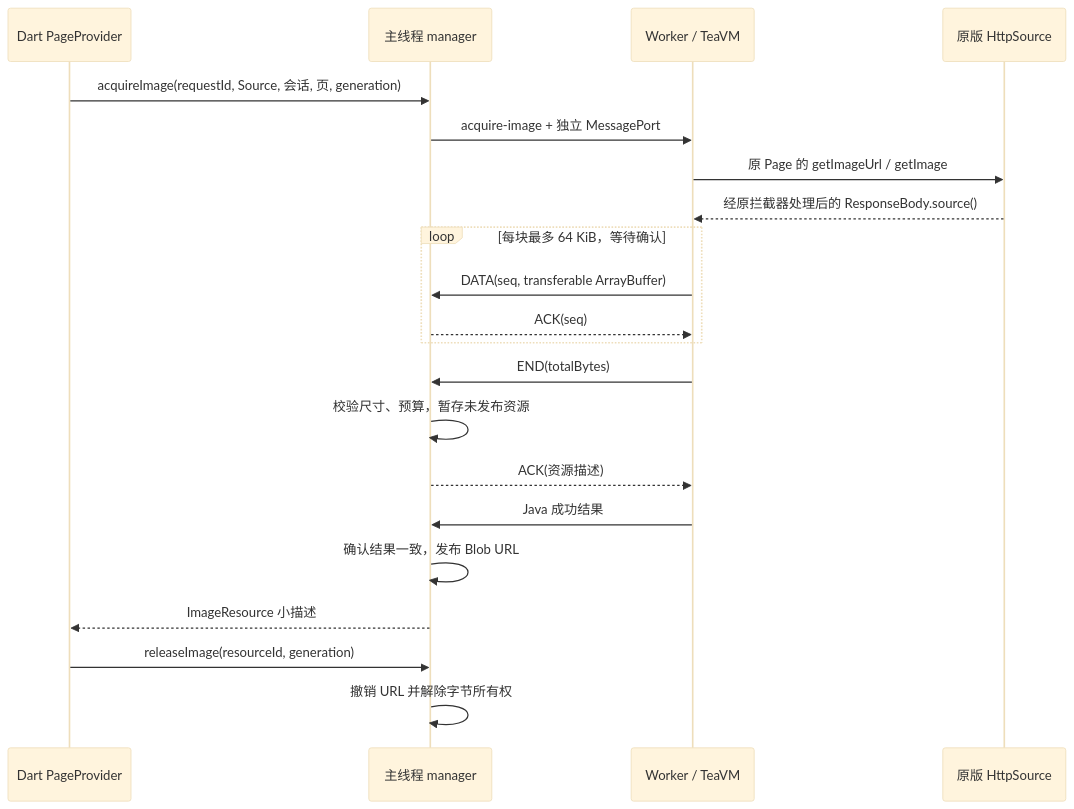
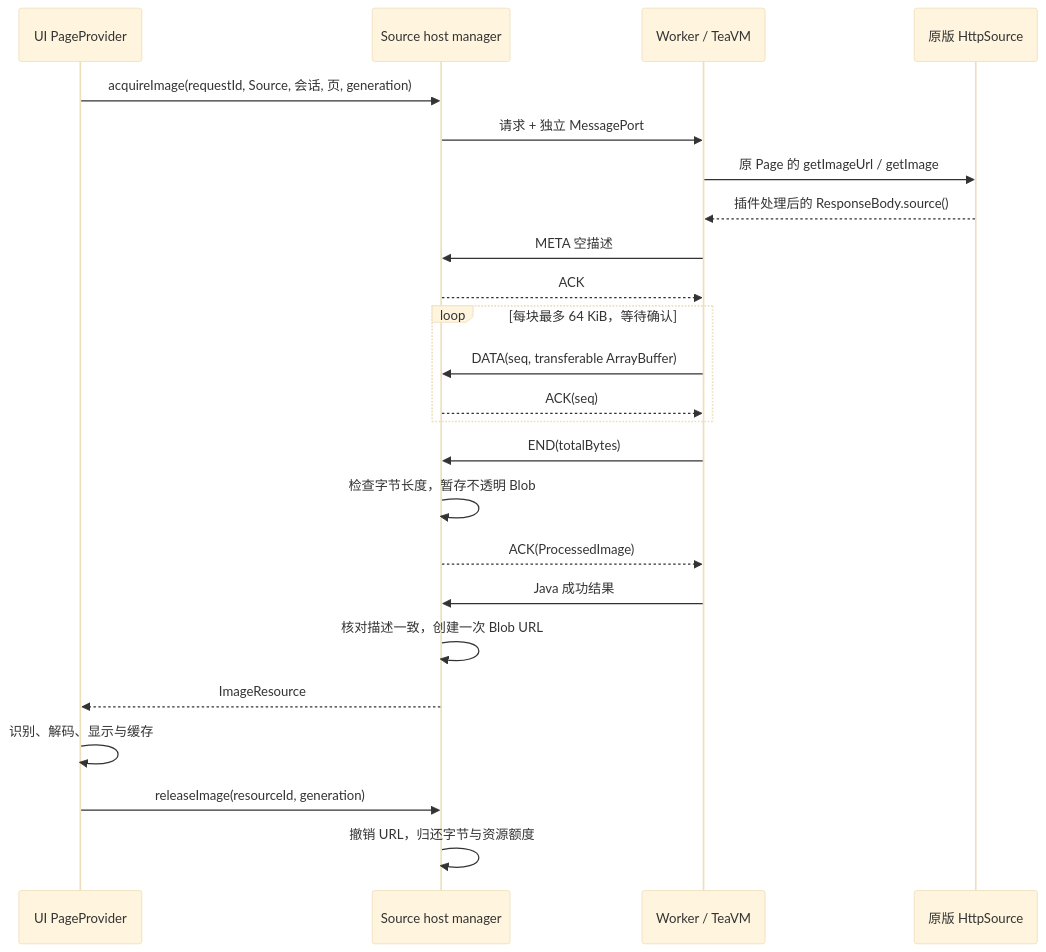
One commit to Wybxc/karuyomi changed the diagram in docs/IMAGE-RESOURCES.md. Above: the diagram before and after it, drawn with Mermaid (base theme). The commit also changed other lines of this file and 92 other files, not shown here.

````diff
--- a/docs/IMAGE-RESOURCES.md
+++ b/docs/IMAGE-RESOURCES.md
@@ -19,23 +23,26 @@
 ```mermaid
 sequenceDiagram
-  participant D as Dart PageProvider
-  participant M as 主线程 manager
+  participant U as UI PageProvider
+  participant M as Source host manager
   participant W as Worker / TeaVM
   participant S as 原版 HttpSource
-  D->>M: acquireImage(requestId, Source, 会话, 页, generation)
-  M->>W: acquire-image + 独立 MessagePort
+  U->>M: acquireImage(requestId, Source, 会话, 页, generation)
+  M->>W: 请求 + 独立 MessagePort
   W->>S: 原 Page 的 getImageUrl / getImage
-  S-->>W: 经原拦截器处理后的 ResponseBody.source()
+  S-->>W: 插件处理后的 ResponseBody.source()
+  W->>M: META 空描述
+  M-->>W: ACK
   loop 每块最多 64 KiB，等待确认
     W->>M: DATA(seq, transferable ArrayBuffer)
     M-->>W: ACK(seq)
   end
   W->>M: END(totalBytes)
-  M->>M: 校验尺寸、预算，暂存未发布资源
-  M-->>W: ACK(资源描述)
+  M->>M: 检查字节长度，暂存不透明 Blob
+  M-->>W: ACK(ProcessedImage)
   W->>M: Java 成功结果
-  M->>M: 确认结果一致，发布 Blob URL
-  M-->>D: ImageResource 小描述
-  D->>M: releaseImage(resourceId, generation)
-  M->>M: 撤销 URL 并解除字节所有权
+  M->>M: 核对描述一致，创建一次 Blob URL
+  M-->>U: ImageResource
+  U->>U: 识别、解码、显示与缓存
+  U->>M: releaseImage(resourceId, generation)
+  M->>M: 撤销 URL，归还字节与资源额度
 ```
````
